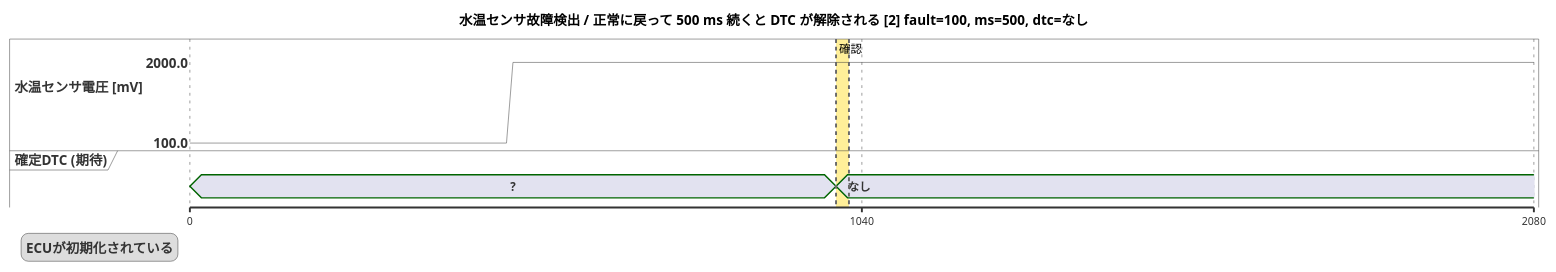
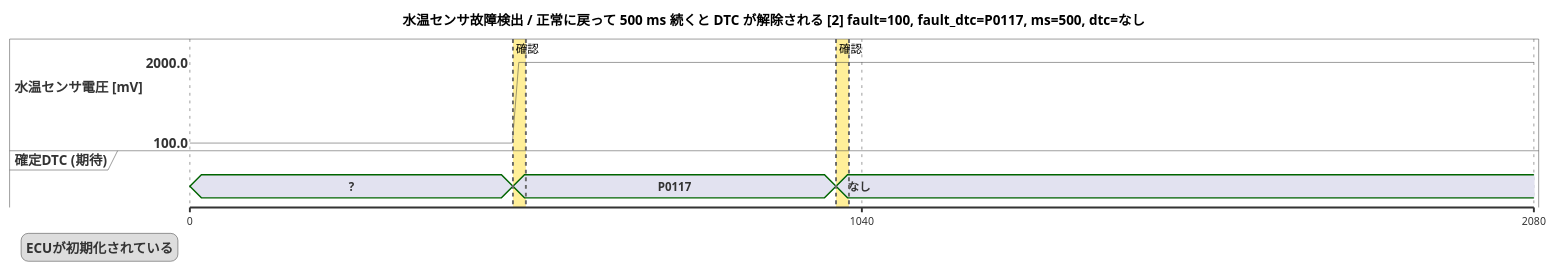
One commit to YitKubo/poc_bdd changed the diagram in charts/ect_sensor_diag/正常に戻って_500_ms_続くと_DTC_が解除される_02.puml. Above: the diagram before and after it, drawn with PlantUML. The commit also changed 24 other files, not shown here.

```diff
--- a/charts/ect_sensor_diag/正常に戻って_500_ms_続くと_DTC_が解除される_02.puml
+++ b/charts/ect_sensor_diag/正常に戻って_500_ms_続くと_DTC_が解除される_02.puml
@@ -1,24 +1,27 @@
 @startuml
 skinparam defaultFontName IPAGothic
-title 水温センサ故障検出 / 正常に戻って 500 ms 続くと DTC が解除される [2] fault=100, ms=500, dtc=なし
+title 水温センサ故障検出 / 正常に戻って 500 ms 続くと DTC が解除される [2] fault=100, fault_dtc=P0117, ms=500, dtc=なし
 scale 1040 as 700 pixels
 legend left
   ECUが初期化されている
 endlegend
 analog "水温センサ電圧 [mV]" between 100 and 2000 as s0
 concise "確定DTC (期待)" as s1
 
 @0
 s0 is 100
 s1 is "?"
-@490
+@499
 s0 is 100
 @500
+s1 is "P0117"
+@509
 s0 is 2000
 @1000
 s1 is "なし"
 @1040
 s0 is 2000
 @1040
+highlight 500 to 520 #FFD70066;line:DimGrey : 確認
 highlight 1000 to 1020 #FFD70066;line:DimGrey : 確認
 @enduml
```
